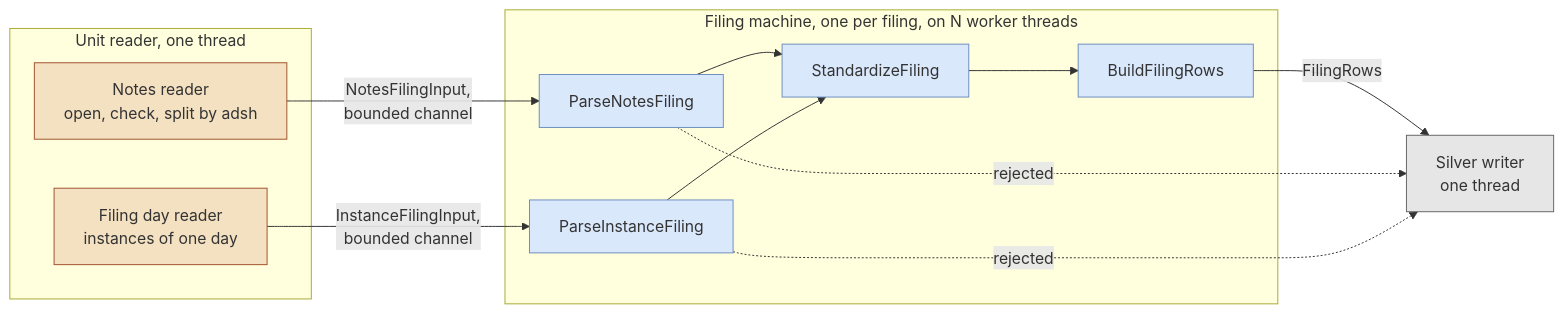
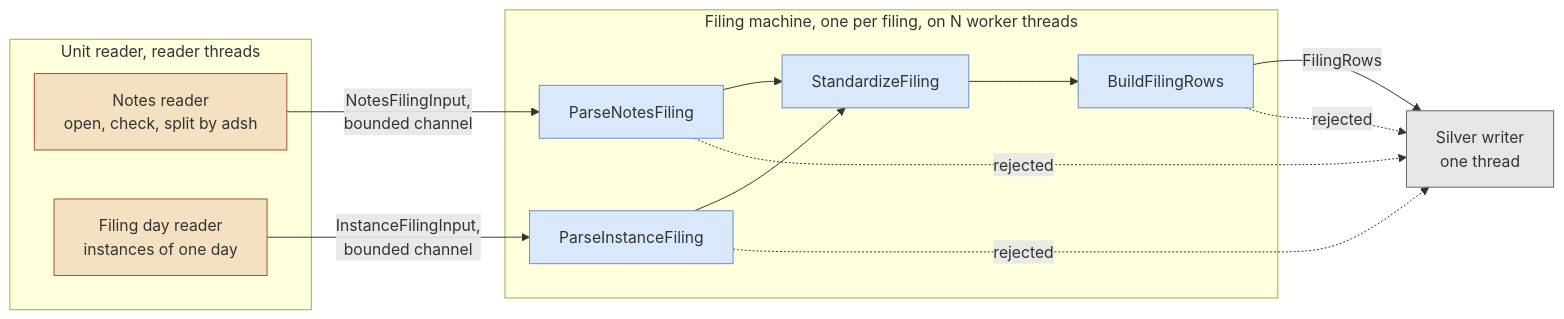
The diagram in sec/design/pipeline/transform_per_filing.md (ironcapitaleu/arkad), drawn with Mermaid before and after one commit. The commit also changed other lines of this file and 5 other files, not shown here.

````diff
--- a/sec/design/pipeline/transform_per_filing.md
+++ b/sec/design/pipeline/transform_per_filing.md
@@ -37,29 +39,30 @@
 ```mermaid
 flowchart LR
     classDef reader fill:#f4e1c1,stroke:#a0522d
     classDef state fill:#dae8fc,stroke:#6c8ebf
     classDef writer fill:#e6e6e6,stroke:#666666
 
-    subgraph R["Unit reader, one thread"]
+    subgraph R["Unit reader, reader threads"]
         NR["Notes reader<br/>open, check, split by adsh"]:::reader
         DR["Filing day reader<br/>instances of one day"]:::reader
     end
 
     subgraph M["Filing machine, one per filing, on N worker threads"]
         PN["ParseNotesFiling"]:::state
         PI["ParseInstanceFiling"]:::state
         SF["StandardizeFiling"]:::state
         BR["BuildFilingRows"]:::state
         PN --> SF
         PI --> SF
         SF --> BR
     end
 
     WR["Silver writer<br/>one thread"]:::writer
 
     NR -- "NotesFilingInput,<br/>bounded channel" --> PN
     DR -- "InstanceFilingInput,<br/>bounded channel" --> PI
     BR -- "FilingRows" --> WR
     PN -. "rejected" .-> WR
     PI -. "rejected" .-> WR
+    BR -. "rejected" .-> WR
 ```
````
